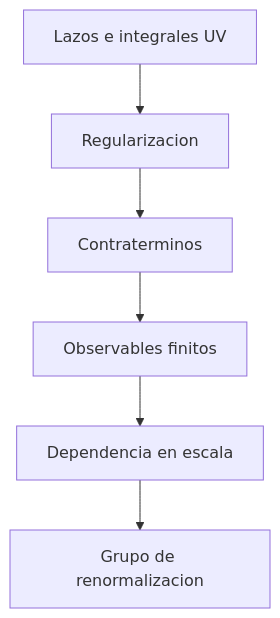
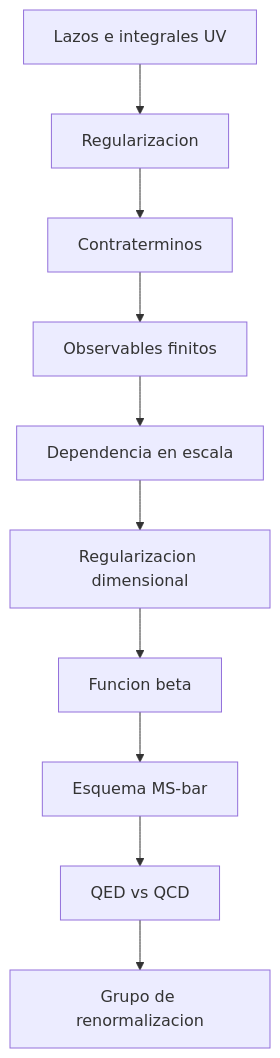
Before and after one commit to LegalIntermediaSL/QFT: the diagram in Tutorial/09_renormalizacion/README.md, drawn with Mermaid. The commit also changed other lines of this file and 76 other files, not shown here.

````diff
--- a/Tutorial/09_renormalizacion/README.md
+++ b/Tutorial/09_renormalizacion/README.md
@@ -14,8 +23,12 @@
 ```mermaid
 flowchart TD
     A["Lazos e integrales UV"] --> B["Regularizacion"]
     B --> C["Contraterminos"]
     C --> D["Observables finitos"]
     D --> E["Dependencia en escala"]
-    E --> F["Grupo de renormalizacion"]
+    E --> F["Regularizacion dimensional"]
+    F --> G["Funcion beta"]
+    G --> H["Esquema MS-bar"]
+    H --> I["QED vs QCD"]
+    I --> J["Grupo de renormalizacion"]
 ```
````
